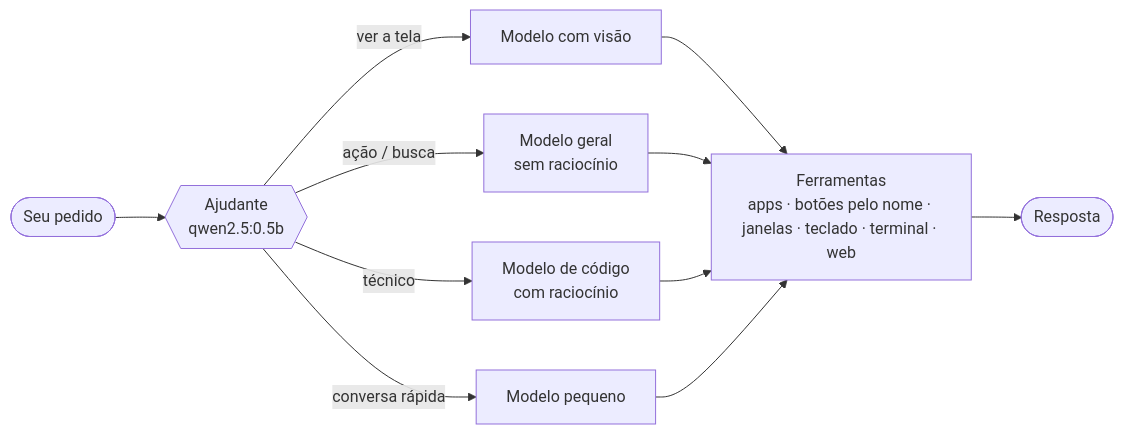
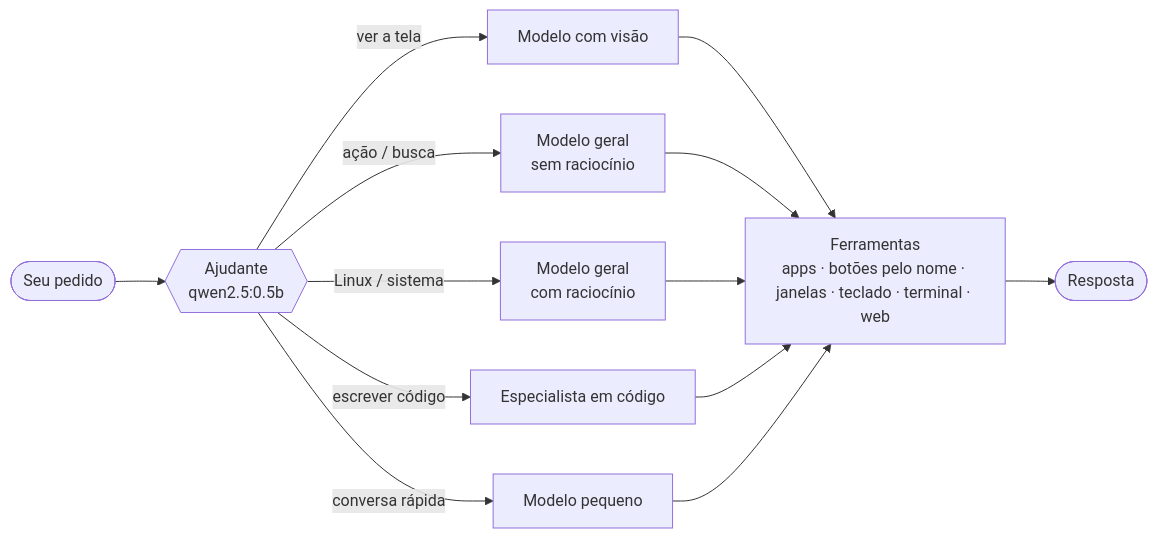
The diagram in README.md (enzorcasao-ctrl/Tars-lightweight-local-addon), drawn with Mermaid before and after one commit. The commit also changed other lines of this file and 6 other files, not shown here.

````diff
--- a/README.md
+++ b/README.md
@@ -104,10 +104,11 @@
 ```mermaid
 flowchart LR
     P([Seu pedido]) --> A{{Ajudante<br/>qwen2.5:0.5b}}
     A -- "ver a tela" --> V[Modelo com visão]
     A -- "ação / busca" --> G[Modelo geral<br/>sem raciocínio]
-    A -- "técnico" --> C[Modelo de código<br/>com raciocínio]
+    A -- "Linux / sistema" --> T[Modelo geral<br/>com raciocínio]
+    A -- "escrever código" --> C[Especialista em código]
     A -- "conversa rápida" --> R[Modelo pequeno]
-    V & G & C & R --> F[Ferramentas<br/>apps · botões pelo nome · janelas · teclado · terminal · web]
+    V & G & T & C & R --> F[Ferramentas<br/>apps · botões pelo nome · janelas · teclado · terminal · web]
     F --> S([Resposta])
 ```
````
